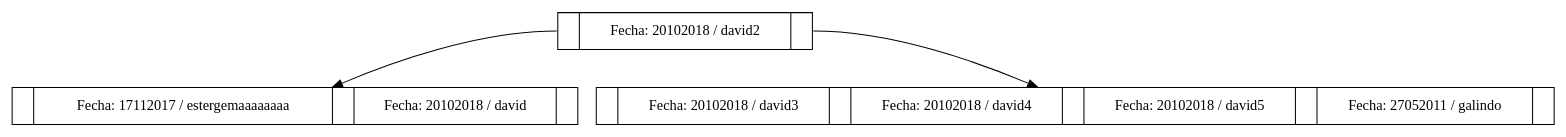
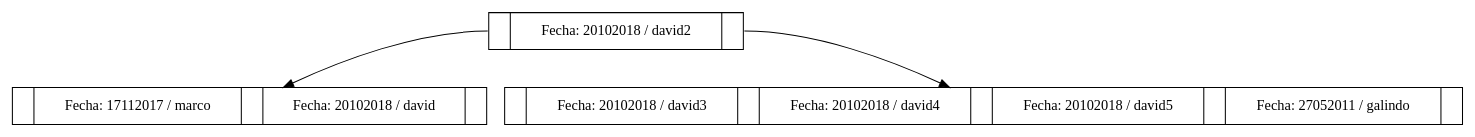
The diagram in arbolBHistorial.dot (EstrellitaArmas/Proyecto2s22017_201212919), drawn with Graphviz before and after one commit. The commit also changed 15 other files, not shown here.

```diff
--- a/arbolBHistorial.dot
+++ b/arbolBHistorial.dot
@@ -1,9 +1,9 @@
 digraph G{
 node [shape = record];
 rankdir = TD;
 activo_david2 [label= "<r0> | <cl1>Fecha: 20102018 / david2 &#92; | <r1> "];
-activo_david2:r0 -> activo_estergemaaaaaaaa;
+activo_david2:r0 -> activo_marco;
 activo_david2:r1 -> activo_david3;
-activo_estergemaaaaaaaa [label= "<r0> | <cl1>Fecha: 17112017 / estergemaaaaaaaa &#92; | <r1> | <cl2>Fecha: 20102018 / david &#92; | <r2> "];
+activo_marco [label= "<r0> | <cl1>Fecha: 17112017 / marco &#92; | <r1> | <cl2>Fecha: 20102018 / david &#92; | <r2> "];
 activo_david3 [label= "<r0> | <cl1>Fecha: 20102018 / david3 &#92; | <r1> | <cl2>Fecha: 20102018 / david4 &#92; | <r2> | <cl3>Fecha: 20102018 / david5 &#92; | <r3> | <cl4>Fecha: 27052011 / galindo &#92; | <r4> "];
 }
```
